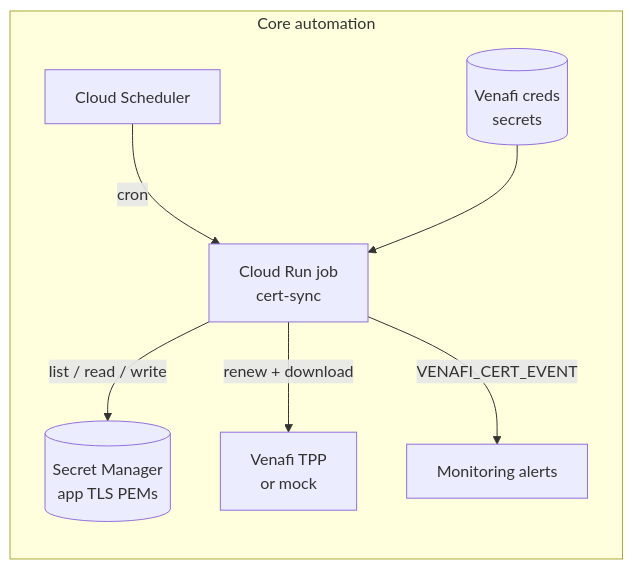
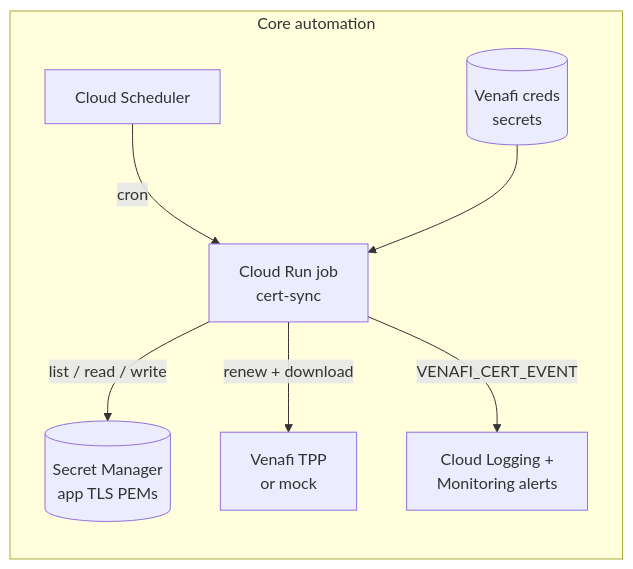
Before and after one commit to Terra-GCP/venafi-cert-automation: the first of 3 diagrams in README.md, drawn with Mermaid. The commit also changed other lines of this file, not shown here.

````diff
--- a/README.md
+++ b/README.md
@@ -22,17 +119,17 @@
 ```mermaid
 flowchart LR
   subgraph core [Core automation]
     SCH[Cloud Scheduler]
     JOB[Cloud Run job<br/>cert-sync]
     SM[(Secret Manager<br/>app TLS PEMs)]
     CRED[(Venafi creds<br/>secrets)]
     VEN[Venafi TPP<br/>or mock]
-    MON[Monitoring alerts]
+    MON[Cloud Logging +<br/>Monitoring alerts]
   end
 
   SCH -->|cron| JOB
   CRED --> JOB
   JOB -->|list / read / write| SM
   JOB -->|renew + download| VEN
   JOB -->|VENAFI_CERT_EVENT| MON
 ```
````
